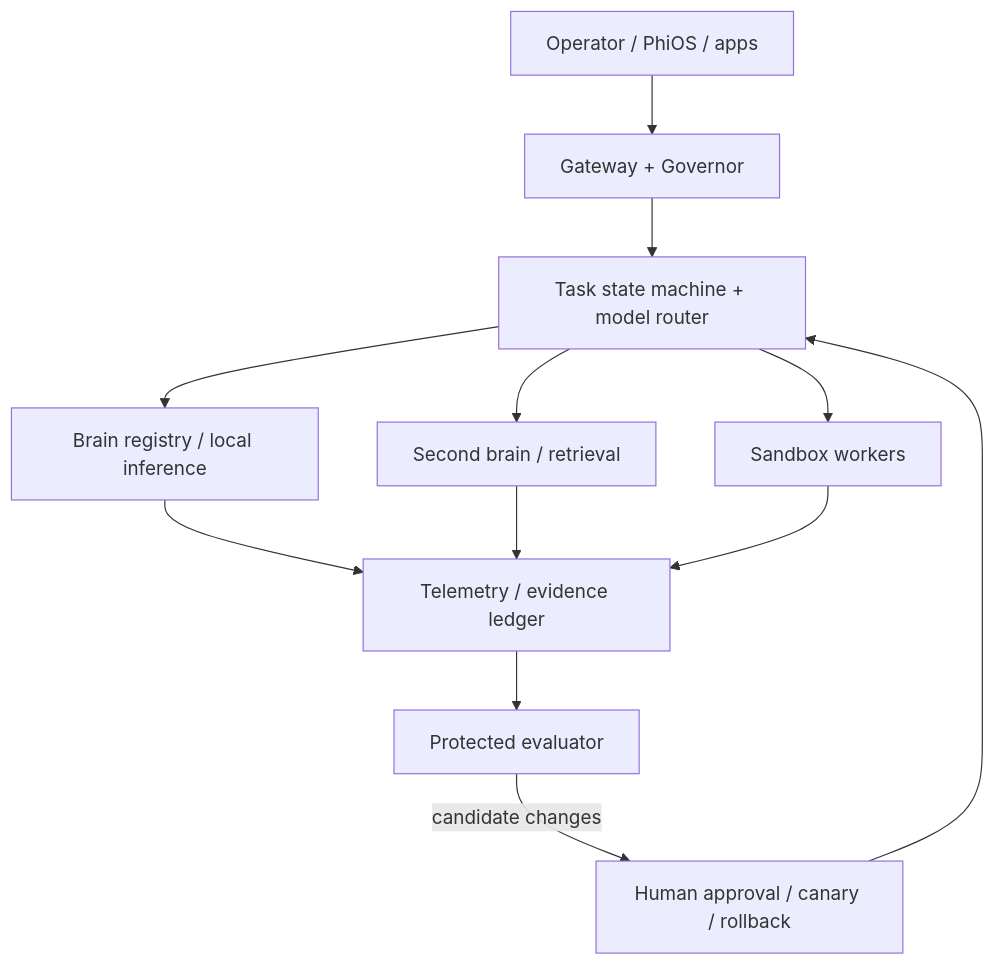
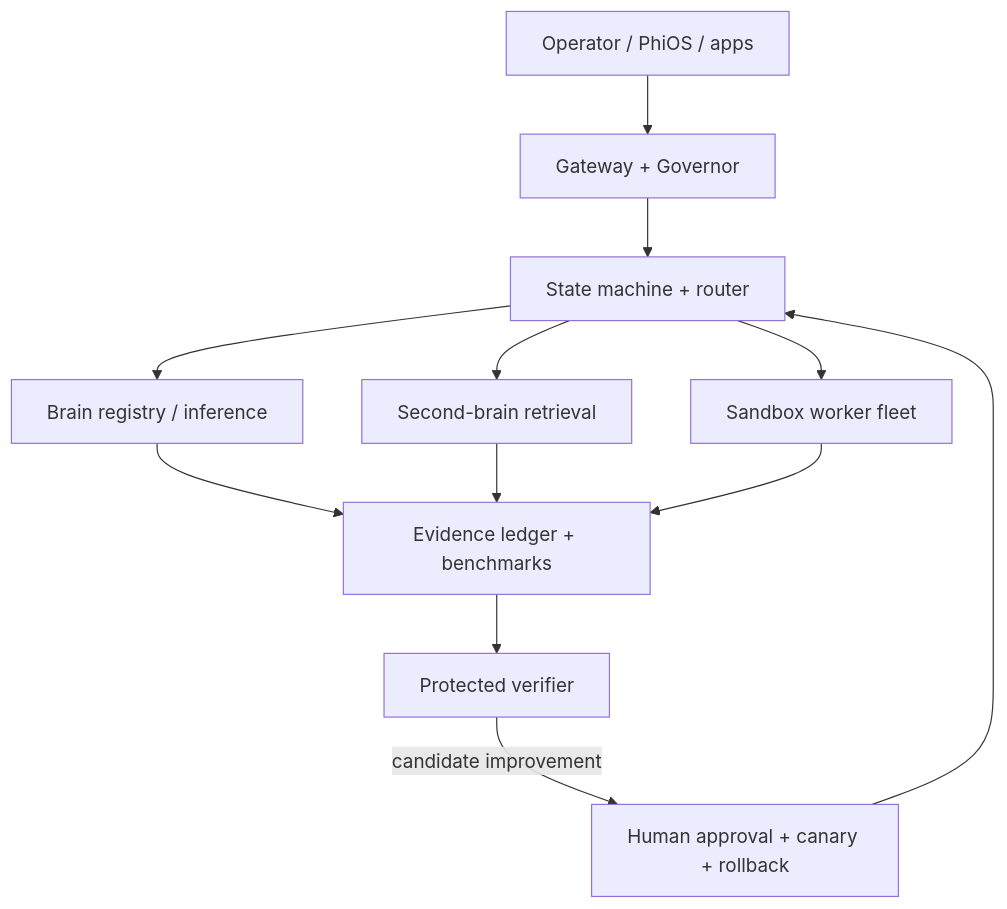
One commit to MichaelWave369/PhiCortex changed the diagram in docs/ARCHITECTURE.md. Above: the diagram before and after it, drawn with Mermaid. The commit also changed other lines of this file and 11 other files, not shown here.

````diff
--- a/docs/ARCHITECTURE.md
+++ b/docs/ARCHITECTURE.md
@@ -22,14 +23,14 @@
-~~~mermaid
+```mermaid
 flowchart TD
- U[Operator / PhiOS / apps] --> G[Gateway + Governor]
- G --> R[Task state machine + model router]
- R --> B[Brain registry / local inference]
- R --> M[Second brain / retrieval]
- R --> X[Sandbox workers]
- B --> E[Telemetry / evidence ledger]
- M --> E
- X --> E
- E --> V[Protected evaluator]
- V -->|candidate changes| A[Human approval / canary / rollback]
- A --> R
-~~~
+  U[Operator / PhiOS / apps] --> G[Gateway + Governor]
+  G --> R[State machine + router]
+  R --> B[Brain registry / inference]
+  R --> M[Second-brain retrieval]
+  R --> X[Sandbox worker fleet]
+  B --> E[Evidence ledger + benchmarks]
+  M --> E
+  X --> E
+  E --> V[Protected verifier]
+  V -->|candidate improvement| A[Human approval + canary + rollback]
+  A --> R
+```
````
